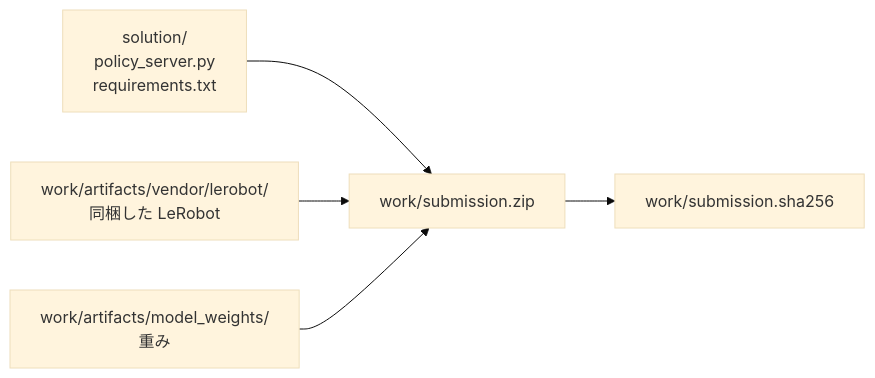
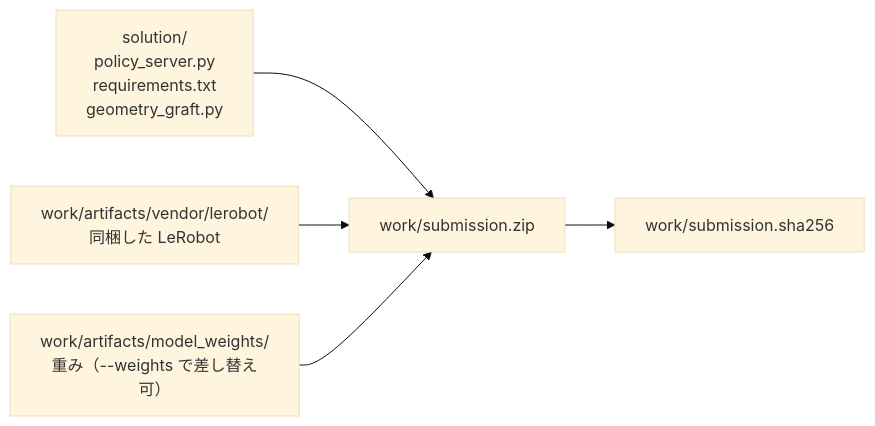
Before and after one commit to siruku6/PARC2026_pre: the first of 2 diagrams in docs/howto/02_build_submission.md, drawn with Mermaid (base theme). The commit also changed other lines of this file and 1 other file, not shown here.

First line of the commit message:
別のマシンで zip を組めるように howto/02 のケース 0 を π0.5 向けに直す

````diff
--- a/docs/howto/02_build_submission.md
+++ b/docs/howto/02_build_submission.md
@@ -12,7 +12,7 @@
 ```mermaid
 flowchart LR
-    S["solution/<br/>policy_server.py<br/>requirements.txt"] --> Z["work/submission.zip"]
+    S["solution/<br/>policy_server.py<br/>requirements.txt<br/>geometry_graft.py"] --> Z["work/submission.zip"]
     V["work/artifacts/vendor/lerobot/<br/>同梱した LeRobot"] --> Z
-    W["work/artifacts/model_weights/<br/>重み"] --> Z
+    W["work/artifacts/model_weights/<br/>重み（--weights で差し替え可）"] --> Z
     Z --> H["work/submission.sha256"]
 ```
````
